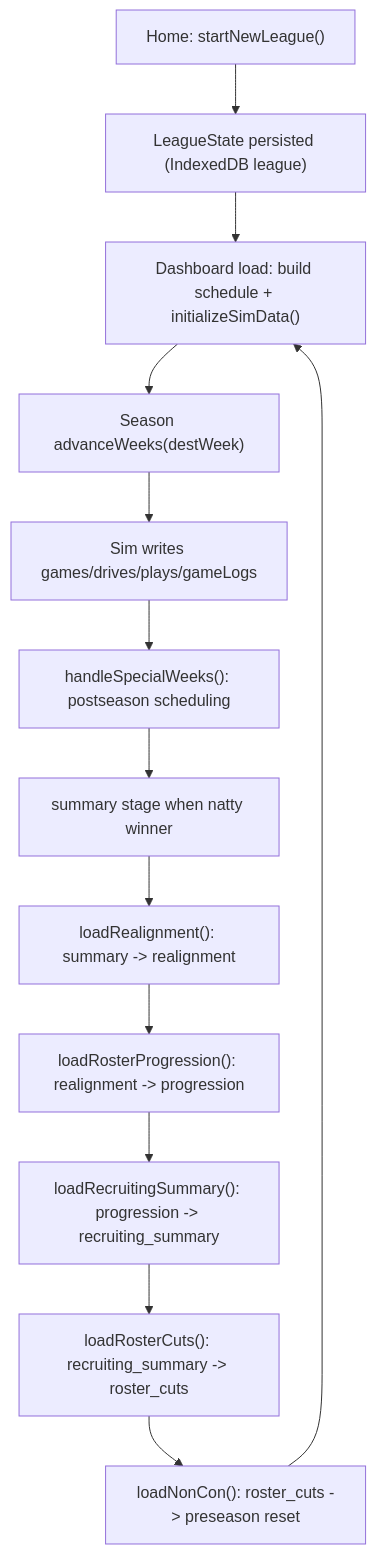
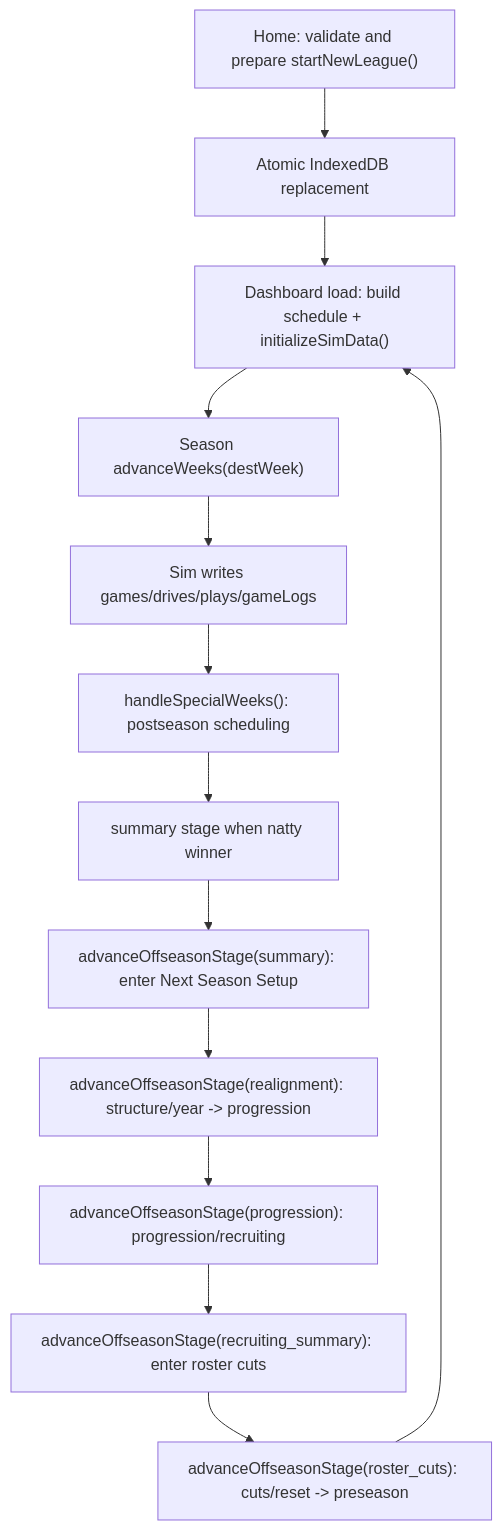
One commit to rdettling/cfbsim changed the diagram in docs/architecture/system-overview.md. Above: the diagram before and after it, drawn with Mermaid. The commit also changed other lines of this file and 225 other files, not shown here.

````diff
--- a/docs/architecture/system-overview.md
+++ b/docs/architecture/system-overview.md
@@ -50,15 +66,15 @@
 ```mermaid
 flowchart TD
-  A["Home: startNewLeague()"] --> B["LeagueState persisted (IndexedDB league)"]
+  A["Home: validate and prepare startNewLeague()"] --> B["Atomic IndexedDB replacement"]
   B --> C["Dashboard load: build schedule + initializeSimData()"]
   C --> D["Season advanceWeeks(destWeek)"]
   D --> E["Sim writes games/drives/plays/gameLogs"]
   E --> F["handleSpecialWeeks(): postseason scheduling"]
   F --> G["summary stage when natty winner"]
-  G --> H["loadRealignment(): summary -> realignment"]
-  H --> I["loadRosterProgression(): realignment -> progression"]
-  I --> J["loadRecruitingSummary(): progression -> recruiting_summary"]
-  J --> K["loadRosterCuts(): recruiting_summary -> roster_cuts"]
-  K --> L["loadNonCon(): roster_cuts -> preseason reset"]
+  G --> H["advanceOffseasonStage(summary): enter Next Season Setup"]
+  H --> I["advanceOffseasonStage(realignment): structure/year -> progression"]
+  I --> J["advanceOffseasonStage(progression): progression/recruiting"]
+  J --> K["advanceOffseasonStage(recruiting_summary): enter roster cuts"]
+  K --> L["advanceOffseasonStage(roster_cuts): cuts/reset -> preseason"]
   L --> C
 ```
````
